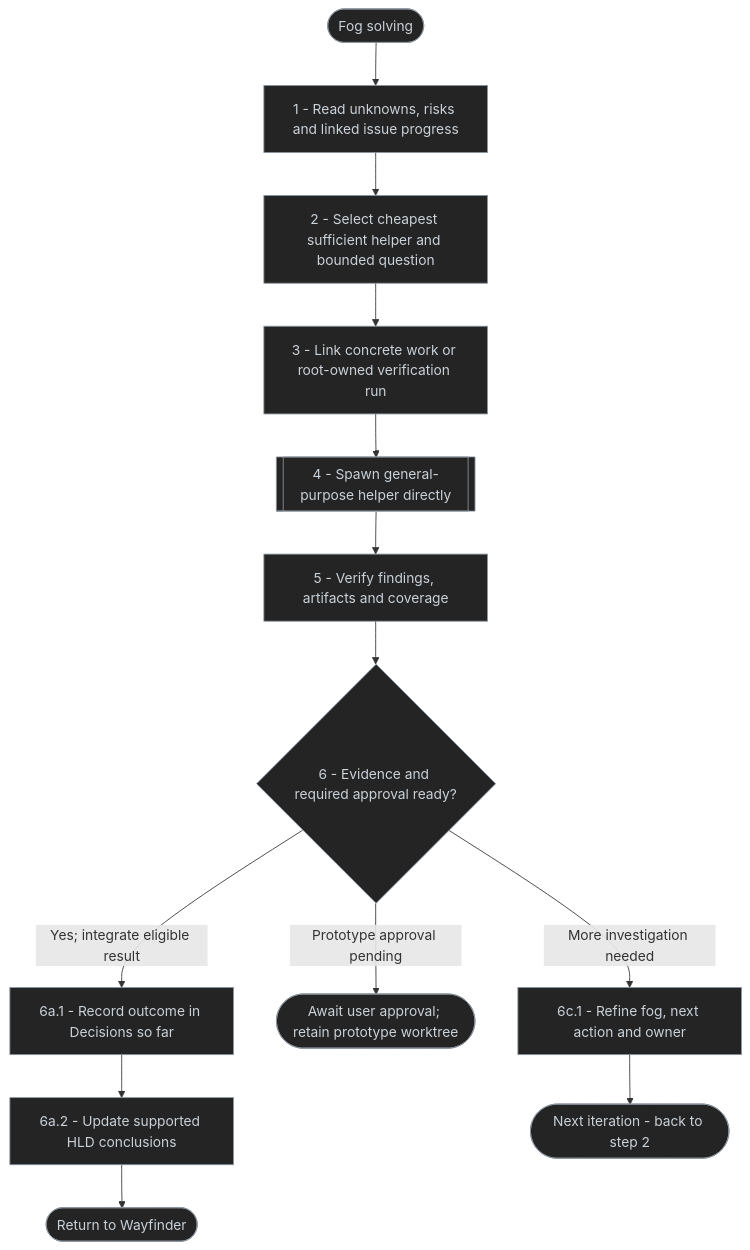
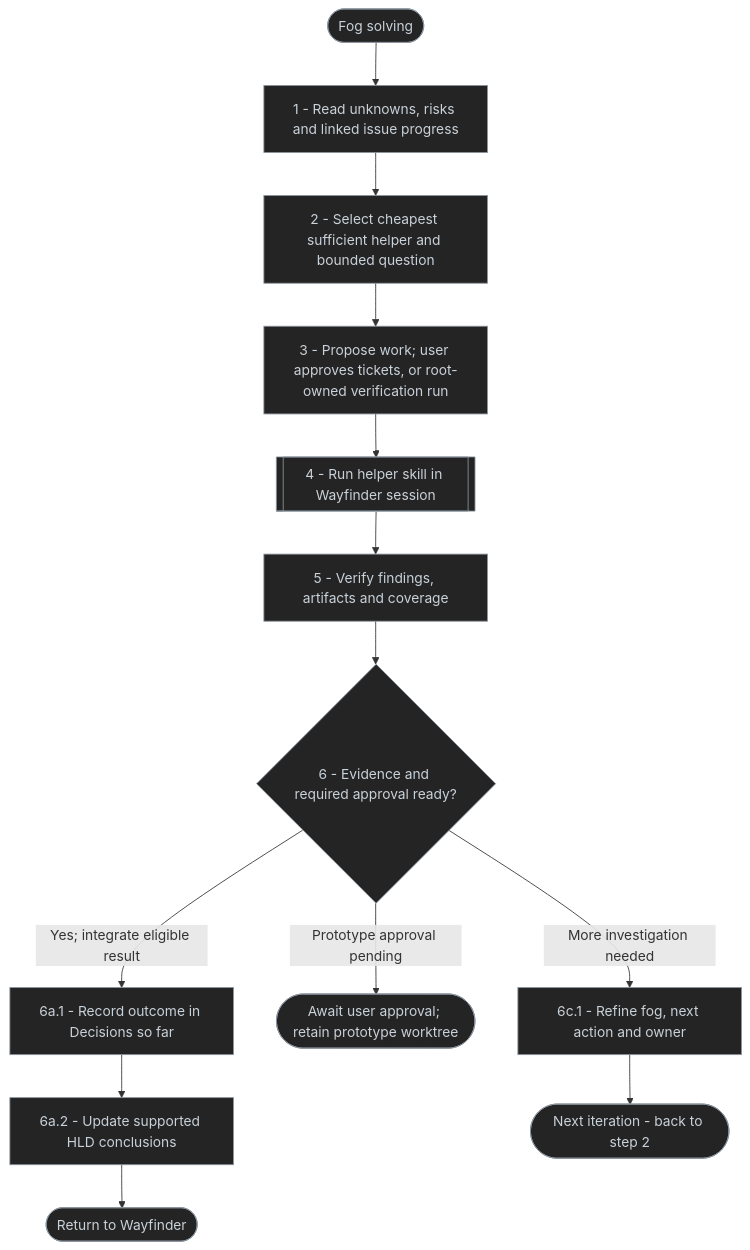
Before and after one commit to antshc/brain: the fourth of 5 diagrams in plugins/wf/skills/design/README.md, drawn with Mermaid. The commit also changed other lines of this file and 16 other files, not shown here.

````diff
--- a/plugins/wf/skills/design/README.md
+++ b/plugins/wf/skills/design/README.md
@@ -95,24 +95,24 @@
 ```mermaid
 %% diagram-id: design-wayfinder-fog-solving-flow
 flowchart TD
     start(["Fog solving"])
     read["1 - Read unknowns, risks and linked issue progress"]
     select["2 - Select cheapest sufficient helper and bounded question"]
-    work["3 - Link concrete work or root-owned verification run"]
-    spawn[["4 - Spawn general-purpose helper directly"]]
+    work["3 - Propose work; user approves tickets, or root-owned verification run"]
+    spawn[["4 - Run helper skill in Wayfinder session"]]
     verify["5 - Verify findings, artifacts and coverage"]
     outcome{"6 - Evidence and required approval ready?"}
     clear["6a.1 - Record outcome in Decisions so far"]
     update["6a.2 - Update supported HLD conclusions"]
     waitApproval(["Await user approval; retain prototype worktree"])
     remain["6c.1 - Refine fog, next action and owner"]
     repeat(["Next iteration - back to step 2"])
     finish(["Return to Wayfinder"])
 
     start --> read --> select --> work --> spawn --> verify --> outcome
     outcome -- "Yes; integrate eligible result" --> clear --> update --> finish
     outcome -- "Prototype approval pending" --> waitApproval
     outcome -- "More investigation needed" --> remain --> repeat
 
     classDef default fill:#242424,stroke:#8b949e,color:#c9d1d9,stroke-width:1px
 ```
````
